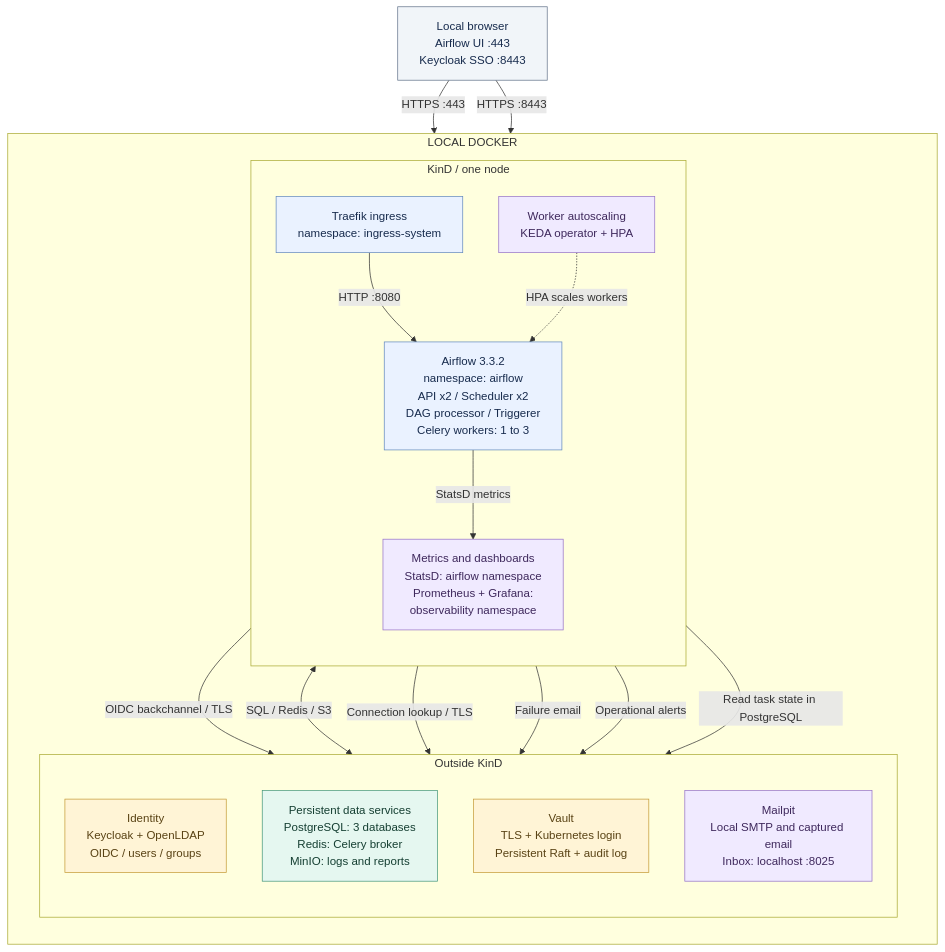
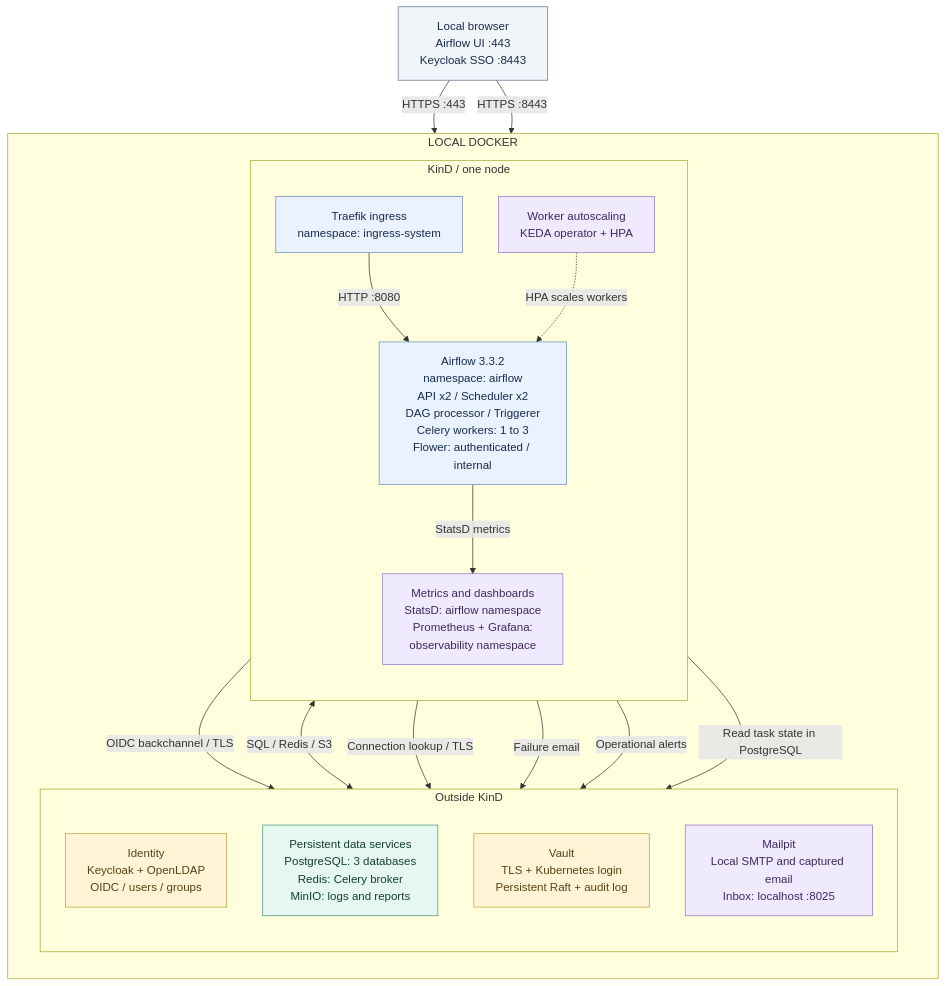
Before and after one commit to amirsohelprowork-netizen/Learn_Airflow: the diagram in docs/diagrams/overview.mmd, drawn with Mermaid. The commit also changed 14 other files, not shown here.

Commit message:
Restore authenticated Flower monitoring in local and production profiles

```diff
--- a/docs/diagrams/overview.mmd
+++ b/docs/diagrams/overview.mmd
@@ -1,46 +1,46 @@
 flowchart TB
     accTitle: Local Airflow platform architecture
     accDescr: A browser accesses Airflow through local HTTPS ingress. A single-node KinD cluster hosts Airflow, scaling and monitoring. Supporting identity, secrets, stateful services and captured email run in Docker on the same workstation.
 
     browser["Local browser<br/>Airflow UI :443<br/>Keycloak SSO :8443"]
 
     subgraph host["LOCAL DOCKER"]
         direction TB
         subgraph kind["KinD / one node"]
             direction TB
             ingress["Traefik ingress<br/>namespace: ingress-system"]
-            airflow["Airflow 3.3.2<br/>namespace: airflow<br/>API x2 / Scheduler x2<br/>DAG processor / Triggerer<br/>Celery workers: 1 to 3"]
+            airflow["Airflow 3.3.2<br/>namespace: airflow<br/>API x2 / Scheduler x2<br/>DAG processor / Triggerer<br/>Celery workers: 1 to 3<br/>Flower: authenticated / internal"]
             monitor["Metrics and dashboards<br/>StatsD: airflow namespace<br/>Prometheus + Grafana:<br/>observability namespace"]
             keda["Worker autoscaling<br/>KEDA operator + HPA"]
         end
         subgraph services["Outside KinD"]
             direction TB
             identity["Identity<br/>Keycloak + OpenLDAP<br/>OIDC / users / groups"]
             data["Persistent data services<br/>PostgreSQL: 3 databases<br/>Redis: Celery broker<br/>MinIO: logs and reports"]
             vault["Vault<br/>TLS + Kubernetes login<br/>Persistent Raft + audit log"]
             mail["Mailpit<br/>Local SMTP and captured email<br/>Inbox: localhost :8025"]
         end
     end
 
     browser -->|HTTPS :443| ingress
     ingress -->|HTTP :8080| airflow
     browser -->|HTTPS :8443| identity
     airflow -->|OIDC backchannel / TLS| identity
     airflow <-->|SQL / Redis / S3| data
     airflow -->|Connection lookup / TLS| vault
     airflow -->|StatsD metrics| monitor
     airflow -->|Failure email| mail
     monitor -->|Operational alerts| mail
     keda -->|Read task state in PostgreSQL| data
     keda -.->|HPA scales workers| airflow
 
     classDef compute fill:#eaf2ff,stroke:#6389be,color:#172b4d
     classDef data fill:#e5f7f0,stroke:#46977c,color:#153f32
     classDef identity fill:#fff4d6,stroke:#c59b38,color:#594214
     classDef observe fill:#f0eaff,stroke:#9673c8,color:#3e285c
     classDef user fill:#f1f5f9,stroke:#64748b,color:#172b4d
     class airflow,ingress compute
     class data data
     class identity,vault identity
     class monitor,keda,mail observe
     class browser user
```
